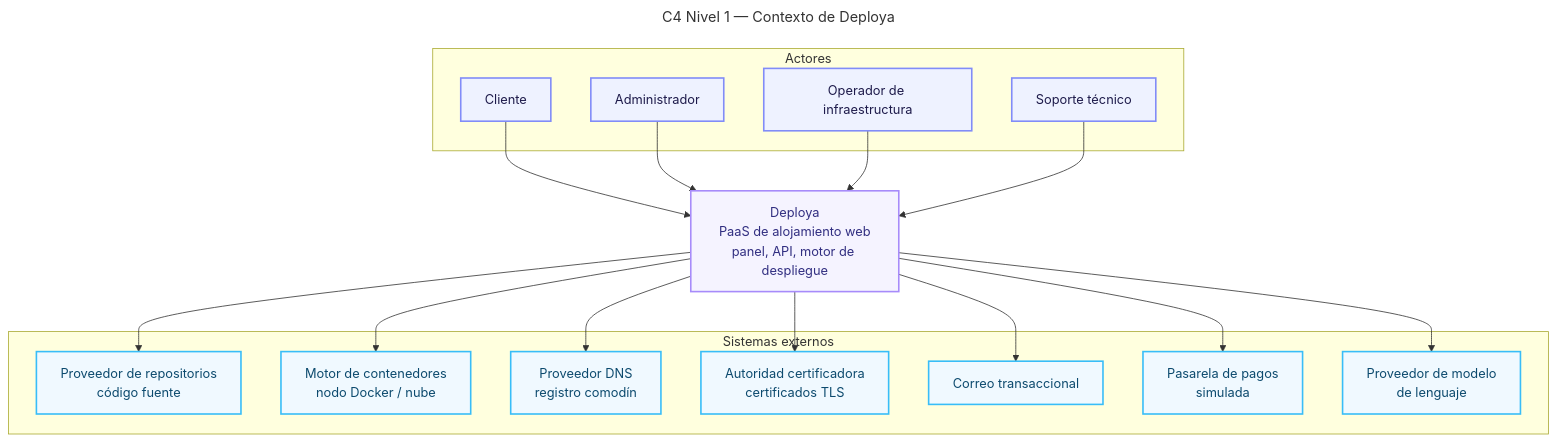
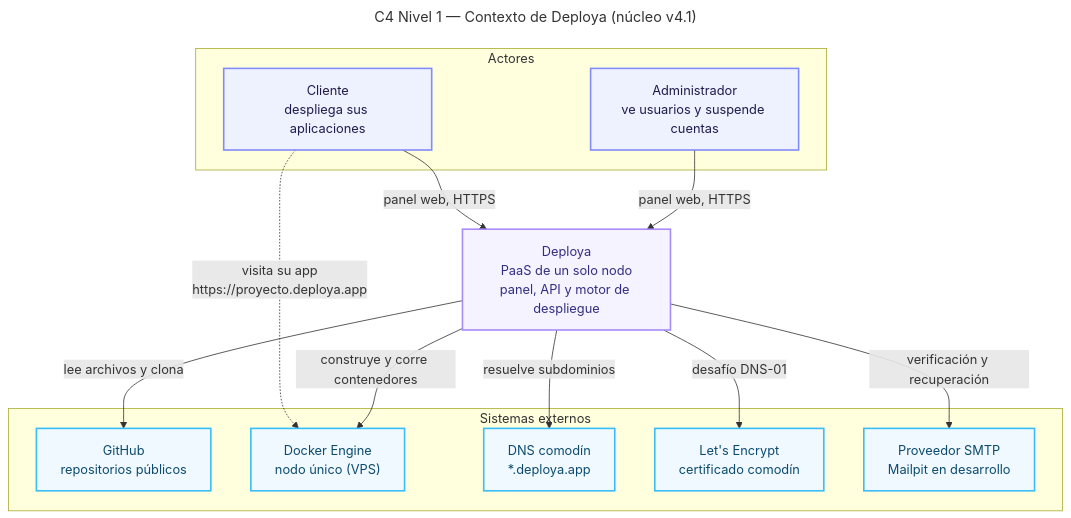
The diagram in docs/diagramas/compartido/c4-contexto.mmd (derekCmorales/deploya), drawn with Mermaid before and after one commit. The commit also changed 24 other files, not shown here.

First line of the commit message:
docs(m4): diseño firmado del motor, contratos y diagramas al núcleo v4.1

```diff
--- a/docs/diagramas/compartido/c4-contexto.mmd
+++ b/docs/diagramas/compartido/c4-contexto.mmd
@@ -1,42 +1,35 @@
 ---
-title: C4 Nivel 1 — Contexto de Deploya
+title: C4 Nivel 1 — Contexto de Deploya (núcleo v4.1)
 ---
 flowchart TB
     subgraph ACTORES["Actores"]
-        CLIENTE["Cliente"]
-        ADMIN["Administrador"]
-        OPERADOR["Operador de infraestructura"]
-        SOPORTE["Soporte técnico"]
+        CLIENTE["Cliente<br/>despliega sus aplicaciones"]
+        ADMIN["Administrador<br/>ve usuarios y suspende cuentas"]
     end
 
-    DEPLOYA["Deploya<br/>PaaS de alojamiento web<br/>panel, API, motor de despliegue"]
+    DEPLOYA["Deploya<br/>PaaS de un solo nodo<br/>panel, API y motor de despliegue"]
 
     subgraph EXTERNOS["Sistemas externos"]
-        GIT["Proveedor de repositorios<br/>código fuente"]
-        NUBE["Motor de contenedores<br/>nodo Docker / nube"]
-        DNS["Proveedor DNS<br/>registro comodín"]
-        CA["Autoridad certificadora<br/>certificados TLS"]
-        CORREO["Correo transaccional"]
-        PAGOS["Pasarela de pagos<br/>simulada"]
-        LLM["Proveedor de modelo<br/>de lenguaje"]
+        GIT["GitHub<br/>repositorios públicos"]
+        DOCKER["Docker Engine<br/>nodo único (VPS)"]
+        DNS["DNS comodín<br/>*.deploya.app"]
+        CA["Let's Encrypt<br/>certificado comodín"]
+        CORREO["Proveedor SMTP<br/>Mailpit en desarrollo"]
     end
 
-    CLIENTE --> DEPLOYA
-    ADMIN --> DEPLOYA
-    OPERADOR --> DEPLOYA
-    SOPORTE --> DEPLOYA
+    CLIENTE -->|"panel web, HTTPS"| DEPLOYA
+    ADMIN -->|"panel web, HTTPS"| DEPLOYA
+    CLIENTE -.->|"visita su app<br/>https://proyecto.deploya.app"| DOCKER
 
-    DEPLOYA --> GIT
-    DEPLOYA --> NUBE
-    DEPLOYA --> DNS
-    DEPLOYA --> CA
-    DEPLOYA --> CORREO
-    DEPLOYA --> PAGOS
-    DEPLOYA --> LLM
+    DEPLOYA -->|"lee archivos y clona"| GIT
+    DEPLOYA -->|"construye y corre contenedores"| DOCKER
+    DEPLOYA -->|"resuelve subdominios"| DNS
+    DEPLOYA -->|"desafío DNS-01"| CA
+    DEPLOYA -->|"verificación y recuperación"| CORREO
 
     classDef actor fill:#eef2ff,stroke:#818cf8,stroke-width:2px,color:#1e1b4b
     classDef sistema fill:#f5f3ff,stroke:#a78bfa,stroke-width:2px,color:#312e81
     classDef externo fill:#f0f9ff,stroke:#38bdf8,stroke-width:2px,color:#0c4a6e
-    class CLIENTE,ADMIN,OPERADOR,SOPORTE actor
+    class CLIENTE,ADMIN actor
     class DEPLOYA sistema
-    class GIT,NUBE,DNS,CA,CORREO,PAGOS,LLM externo
+    class GIT,DOCKER,DNS,CA,CORREO externo
```
